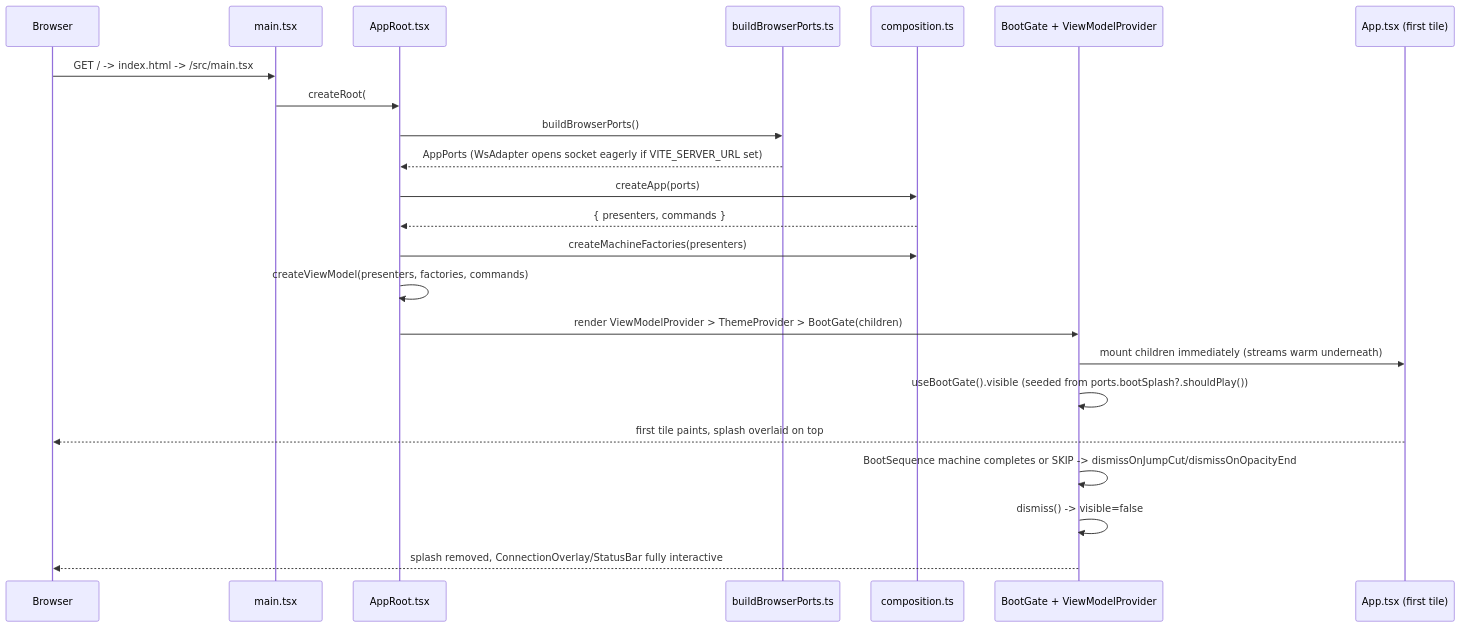
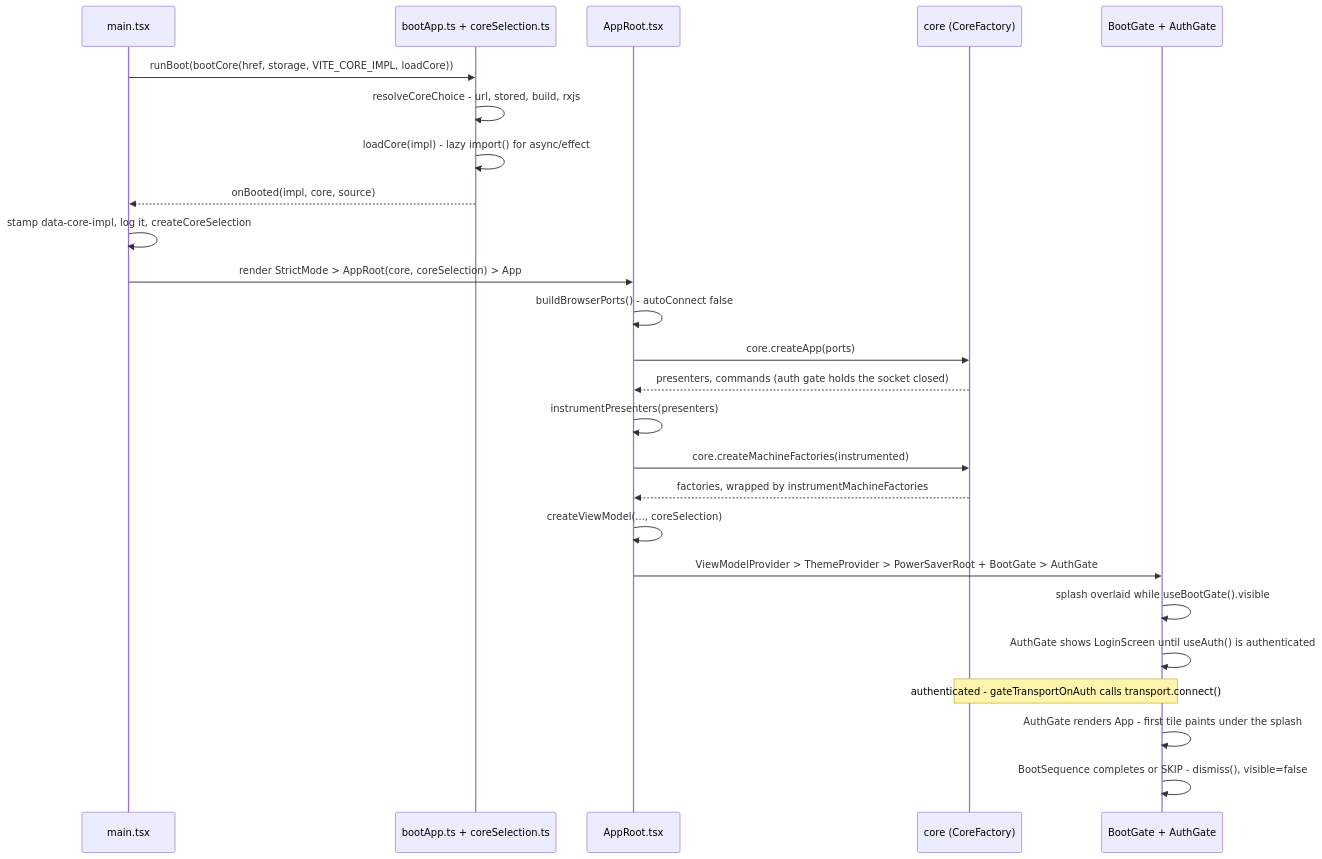
Before and after one commit to bettersoftware-io/ReactiveTraderCloudClone: the second of 4 diagrams in docs/architecture/14-composition-and-wiring.md, drawn with Mermaid. The commit also changed other lines of this file, not shown here.

First line of the commit message:
docs(architecture): §14 describes the load-time core boot chain and today's wiring

````diff
--- a/docs/architecture/14-composition-and-wiring.md
+++ b/docs/architecture/14-composition-and-wiring.md
@@ -109,26 +130,28 @@
 ```mermaid
 sequenceDiagram
-    participant B as Browser
     participant M as main.tsx
+    participant BC as bootApp.ts + coreSelection.ts
     participant AR as AppRoot.tsx
-    participant BP as buildBrowserPorts.ts
-    participant CA as composition.ts
-    participant Gate as BootGate + ViewModelProvider
-    participant App as App.tsx (first tile)
+    participant C as core (CoreFactory)
+    participant G as BootGate + AuthGate
 
-    B->>M: GET / -> index.html -> /src/main.tsx
-    M->>AR: createRoot(#root).render(StrictMode(AppRoot(App)))
-    AR->>BP: buildBrowserPorts()
-    BP-->>AR: AppPorts (WsAdapter opens socket eagerly if VITE_SERVER_URL set)
-    AR->>CA: createApp(ports)
-    CA-->>AR: { presenters, commands }
-    AR->>CA: createMachineFactories(presenters)
-    AR->>AR: createViewModel(presenters, factories, commands)
-    AR->>Gate: render ViewModelProvider > ThemeProvider > BootGate(children)
-    Gate->>App: mount children immediately (streams warm underneath)
-    Gate->>Gate: useBootGate().visible (seeded from ports.bootSplash?.shouldPlay())
-    App-->>B: first tile paints, splash overlaid on top
-    Gate->>Gate: BootSequence machine completes or SKIP -> dismissOnJumpCut/dismissOnOpacityEnd
-    Gate->>Gate: dismiss() -> visible=false
-    Gate-->>B: splash removed, ConnectionOverlay/StatusBar fully interactive
+    M->>BC: runBoot(bootCore(href, storage, VITE_CORE_IMPL, loadCore))
+    BC->>BC: resolveCoreChoice - url, stored, build, rxjs
+    BC->>BC: loadCore(impl) - lazy import() for async/effect
+    BC-->>M: onBooted(impl, core, source)
+    M->>M: stamp data-core-impl, log it, createCoreSelection
+    M->>AR: render StrictMode > AppRoot(core, coreSelection) > App
+    AR->>AR: buildBrowserPorts() - autoConnect false
+    AR->>C: core.createApp(ports)
+    C-->>AR: presenters, commands (auth gate holds the socket closed)
+    AR->>AR: instrumentPresenters(presenters)
+    AR->>C: core.createMachineFactories(instrumented)
+    C-->>AR: factories, wrapped by instrumentMachineFactories
+    AR->>AR: createViewModel(..., coreSelection)
+    AR->>G: ViewModelProvider > ThemeProvider > PowerSaverRoot + BootGate > AuthGate
+    G->>G: splash overlaid while useBootGate().visible
+    G->>G: AuthGate shows LoginScreen until useAuth() is authenticated
+    Note over C,G: authenticated - gateTransportOnAuth calls transport.connect()
+    G->>G: AuthGate renders App - first tile paints under the splash
+    G->>G: BootSequence completes or SKIP - dismiss(), visible=false
 ```
````
